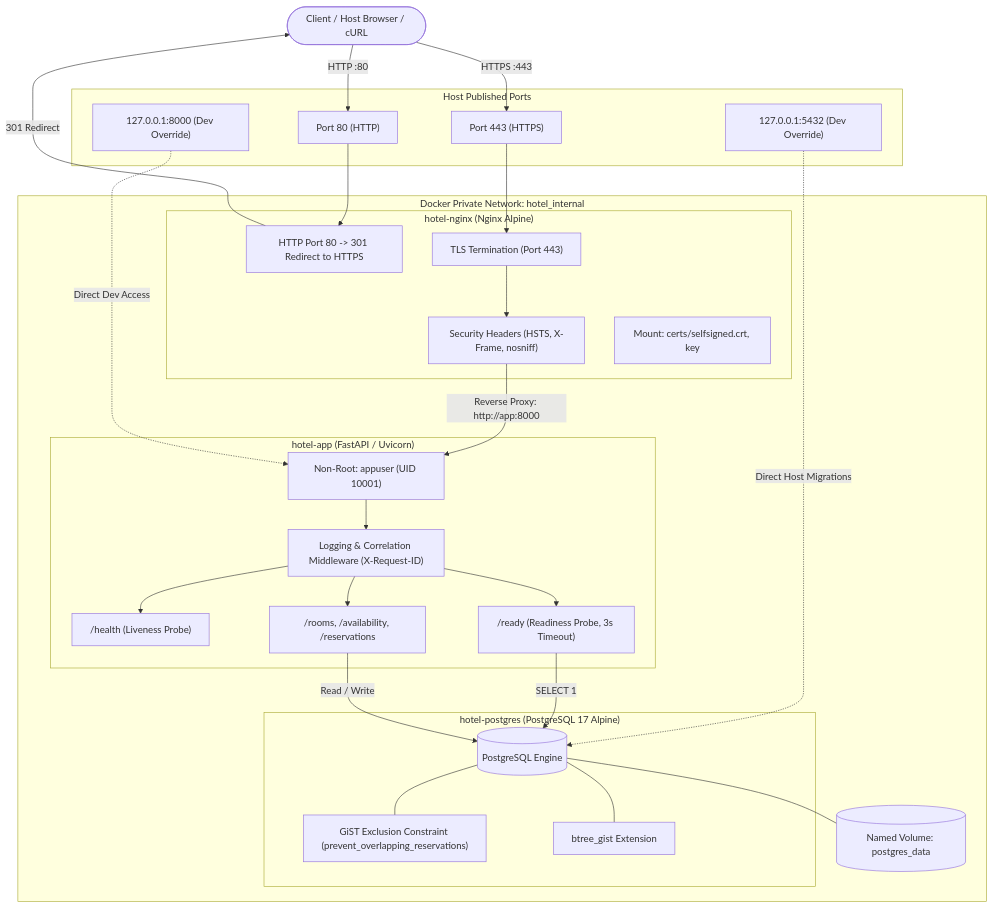
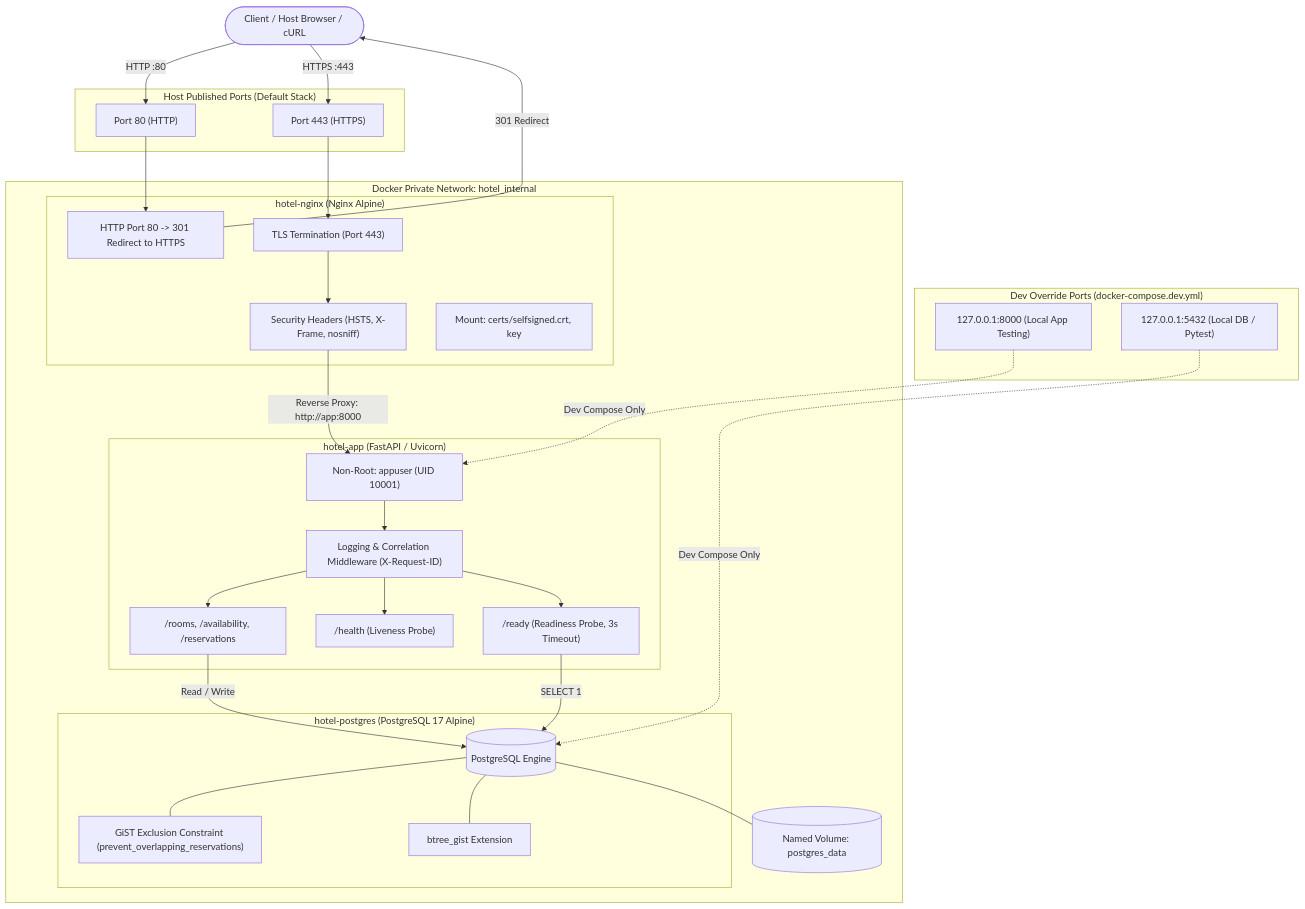
Before and after one commit to drax102/Devops_Hotel_assignment: the first of 2 diagrams in README.md, drawn with Mermaid. The commit also changed other lines of this file and 11 other files, not shown here.

Commit message:
feat: isolate default ports, update clean-clone drill, and refine documentation

````diff
--- a/README.md
+++ b/README.md
@@ -15,55 +15,58 @@
 ```mermaid
 flowchart TD
     Client(["Client / Host Browser / cURL"])
 
-    subgraph HostPorts ["Host Published Ports"]
+    subgraph HostPorts ["Host Published Ports (Default Stack)"]
         P80["Port 80 (HTTP)"]
         P443["Port 443 (HTTPS)"]
-        P8000["127.0.0.1:8000 (Dev Override)"]
-        P5432["127.0.0.1:5432 (Dev Override)"]
+    end
+
+    subgraph DevPorts ["Dev Override Ports (docker-compose.dev.yml)"]
+        P8000["127.0.0.1:8000 (Local App Testing)"]
+        P5432["127.0.0.1:5432 (Local DB / Pytest)"]
     end
 
     subgraph DockerBridge ["Docker Private Network: hotel_internal"]
         subgraph NginxProxy ["hotel-nginx (Nginx Alpine)"]
             Redirect["HTTP Port 80 -> 301 Redirect to HTTPS"]
             TLS["TLS Termination (Port 443)"]
             SecHeaders["Security Headers (HSTS, X-Frame, nosniff)"]
             CertMount["Mount: certs/selfsigned.crt, key"]
         end
 
         subgraph AppContainer ["hotel-app (FastAPI / Uvicorn)"]
             AppUser["Non-Root: appuser (UID 10001)"]
             Middle["Logging & Correlation Middleware (X-Request-ID)"]
             Liveness["/health (Liveness Probe)"]
             Readiness["/ready (Readiness Probe, 3s Timeout)"]
             Routes["/rooms, /availability, /reservations"]
         end
 
         subgraph DBContainer ["hotel-postgres (PostgreSQL 17 Alpine)"]
             PGCore[("PostgreSQL Engine")]
             Constraint["GiST Exclusion Constraint (prevent_overlapping_reservations)"]
             Extension["btree_gist Extension"]
         end
 
         Vol[("Named Volume: postgres_data")]
     end
 
     Client -->|HTTP :80| P80
     Client -->|HTTPS :443| P443
     P80 --> Redirect
     Redirect -->|301 Redirect| Client
     P443 --> TLS
     TLS --> SecHeaders
     SecHeaders -->|Reverse Proxy: http://app:8000| AppUser
-    P8000 -.->|Direct Dev Access| AppUser
-    P5432 -.->|Direct Host Migrations| PGCore
+    P8000 -.->|Dev Compose Only| AppUser
+    P5432 -.->|Dev Compose Only| PGCore
     AppUser --> Middle
     Middle --> Routes
     Middle --> Liveness
     Middle --> Readiness
     Readiness -->|SELECT 1| PGCore
     Routes -->|Read / Write| PGCore
     PGCore --- Constraint
     PGCore --- Extension
     PGCore --- Vol
 ```
````
